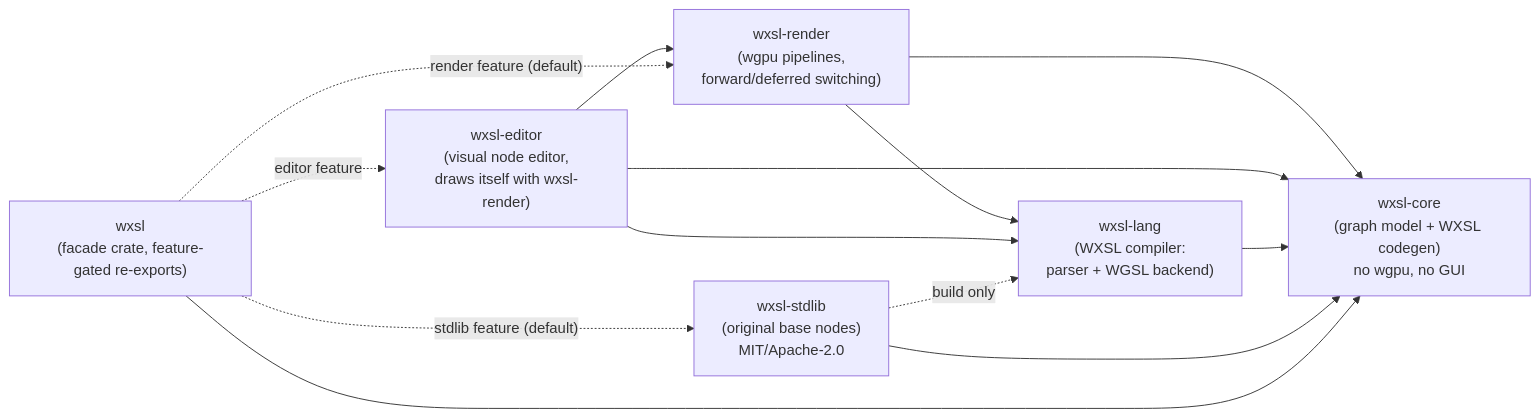
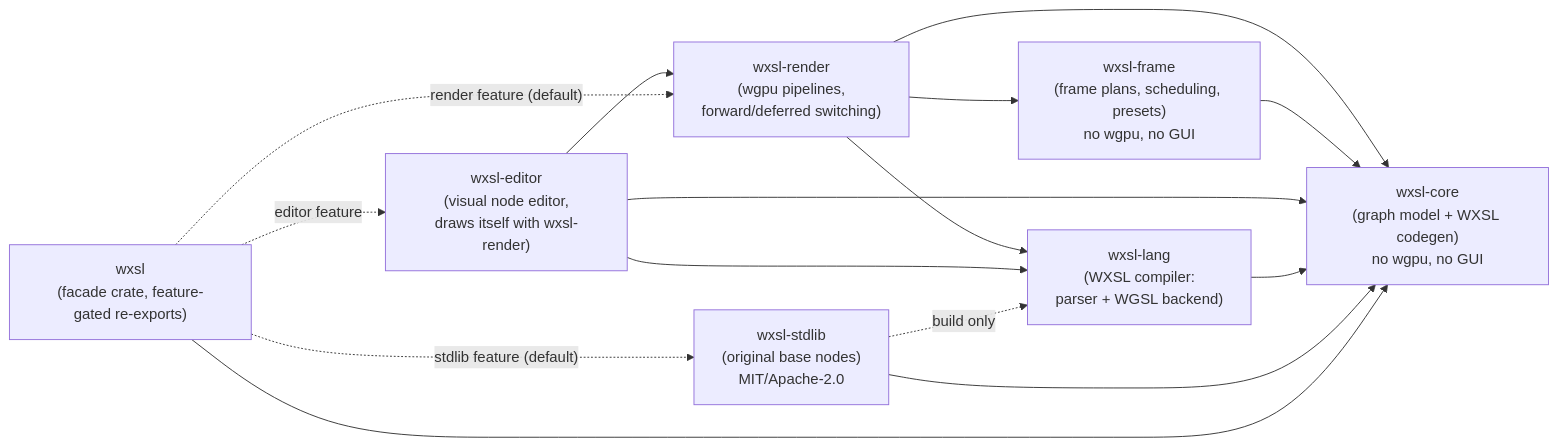
One commit to lapiequichante/wesloom changed the first of 2 diagrams in docs/architecture.md. Above: the diagram before and after it, drawn with Mermaid. The commit also changed other lines of this file and 59 other files, not shown here.

````diff
--- a/docs/architecture.md
+++ b/docs/architecture.md
@@ -20,22 +20,25 @@
 ```mermaid
 graph LR
     core["wxsl-core<br/>(graph model + WXSL codegen)<br/>no wgpu, no GUI"]
     lang["wxsl-lang<br/>(WXSL compiler:<br/>parser + WGSL backend)"]
+    frame["wxsl-frame<br/>(frame plans, scheduling, presets)<br/>no wgpu, no GUI"]
     render["wxsl-render<br/>(wgpu pipelines,<br/>forward/deferred switching)"]
     editor["wxsl-editor<br/>(visual node editor,<br/>draws itself with wxsl-render)"]
     stdlib["wxsl-stdlib<br/>(original base nodes)<br/>MIT/Apache-2.0"]
     facade["wxsl<br/>(facade crate, feature-gated re-exports)"]
 
     render --> core
+    render --> frame
+    frame --> core
     render --> lang
     editor --> core
     editor --> render
     editor --> lang
     lang --> core
     stdlib --> core
     stdlib -. "build only" .-> lang
     facade -. "render feature (default)" .-> render
     facade -. "editor feature" .-> editor
     facade -. "stdlib feature (default)" .-> stdlib
     facade --> core
 ```
````
